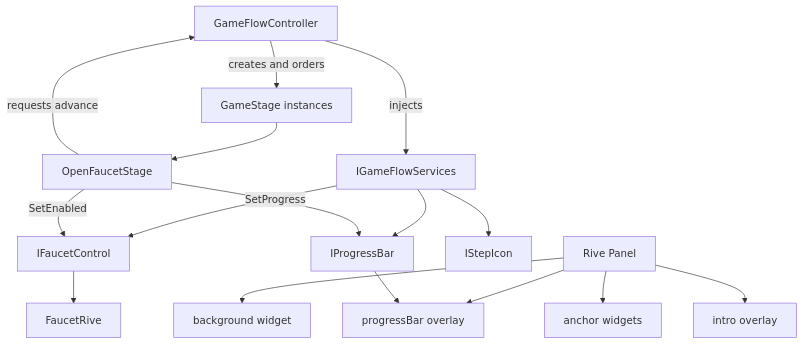
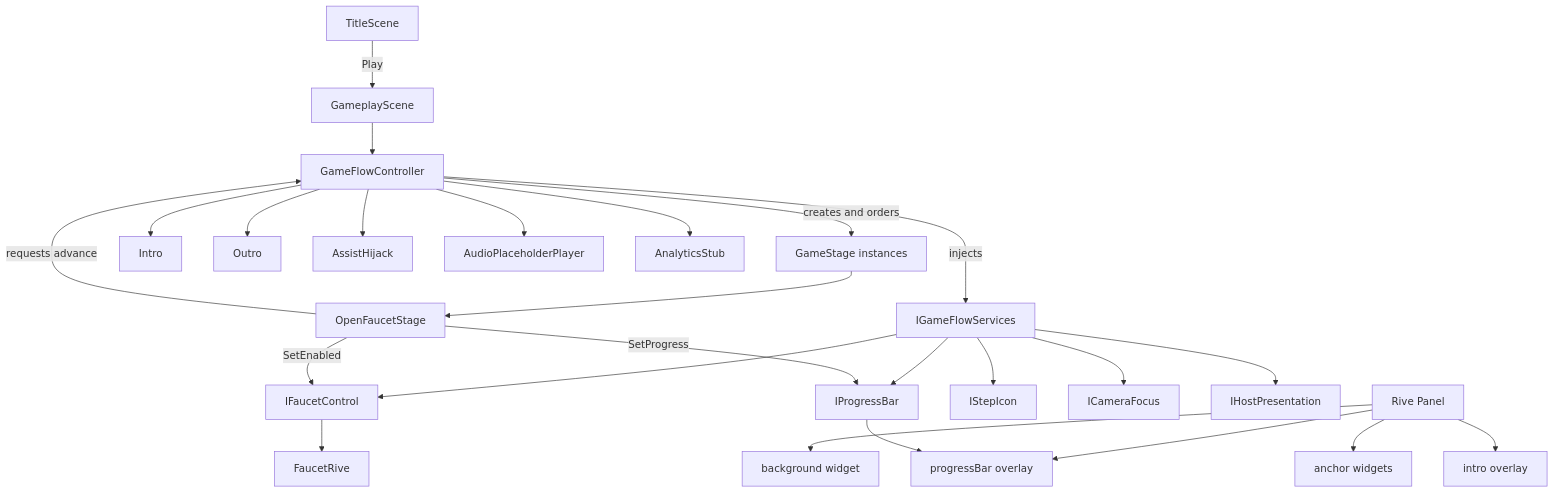
One commit to Alcal/protosimi changed the diagram in docs/inception/tech/TAD-v3.md. Above: the diagram before and after it, drawn with Mermaid. The commit also changed other lines of this file and 26 other files, not shown here.

````diff
--- a/docs/inception/tech/TAD-v3.md
+++ b/docs/inception/tech/TAD-v3.md
@@ -11,19 +26,28 @@
 ```mermaid
 flowchart TD
-    flow[GameFlowController] -->|creates and orders| stages[GameStage instances]
+    title[TitleScene] -->|Play| gameplay[GameplayScene]
+    gameplay --> flow[GameFlowController]
+    flow -->|creates and orders| stages[GameStage instances]
     flow -->|injects| services[IGameFlowServices]
     services --> faucet[IFaucetControl]
     services --> progress[IProgressBar]
     services --> icon[IStepIcon]
+    services --> camera[ICameraFocus]
+    services --> host[IHostPresentation]
     stages --> open[OpenFaucetStage]
     open -->|SetEnabled| faucet
     open -->|SetProgress| progress
     open -->|requests advance| flow
+    flow --> introState[Intro]
+    flow --> outroState[Outro]
+    flow --> assist[AssistHijack]
+    flow --> audio[AudioPlaceholderPlayer]
+    flow --> analytics[AnalyticsStub]
     panel[Rive Panel]
     panel --> bg[background widget]
     panel --> comps[anchor widgets]
     panel --> bar[progressBar overlay]
     panel --> intro[intro overlay]
     faucet --> faucetW[FaucetRive]
     progress --> bar
 ```
````
